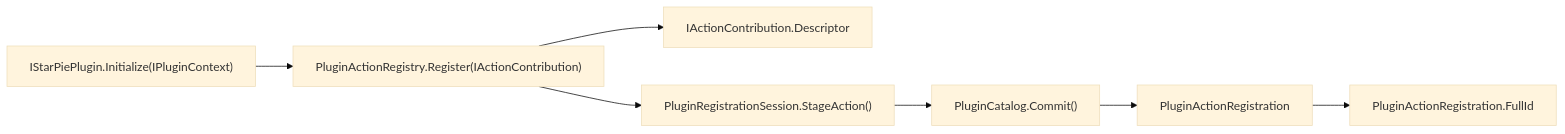
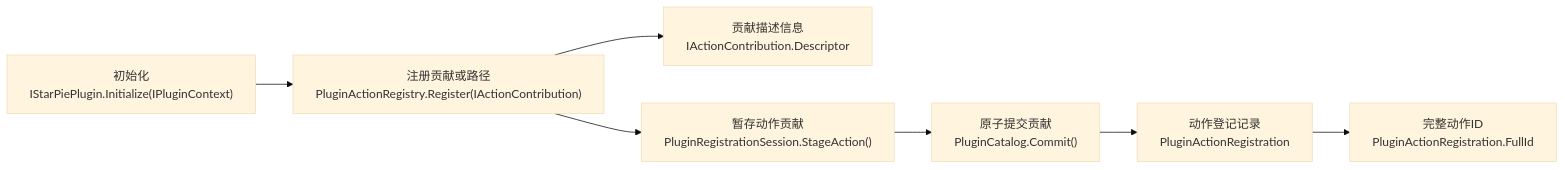
Before and after one commit to Masskii/StarPie: the eighth of 19 diagrams in plugin/docs/plugin-system-architecture-map.md, drawn with Mermaid (base theme). The commit also changed other lines of this file and 6 other files, not shown here.

````diff
--- a/plugin/docs/plugin-system-architecture-map.md
+++ b/plugin/docs/plugin-system-architecture-map.md
@@ -583,17 +646,17 @@
 ```mermaid
 flowchart LR
-    ENTRY["IStarPiePlugin.Initialize(IPluginContext)"]
-    ACTIONREG["PluginActionRegistry.Register(IActionContribution)"]
-    DESCRIPTOR["IActionContribution.Descriptor"]
-    SESSION["PluginRegistrationSession.StageAction()"]
-    CATALOG["PluginCatalog.Commit()"]
-    REGISTRATION["PluginActionRegistration"]
-    FULLID["PluginActionRegistration.FullId"]
+    ENTRY["初始化<br/>IStarPiePlugin.Initialize(IPluginContext)"]
+    ACTIONREG["注册贡献或路径<br/>PluginActionRegistry.Register(IActionContribution)"]
+    DESCRIPTOR["贡献描述信息<br/>IActionContribution.Descriptor"]
+    SESSION["暂存动作贡献<br/>PluginRegistrationSession.StageAction()"]
+    CATALOG["原子提交贡献<br/>PluginCatalog.Commit()"]
+    REGISTRATION["动作登记记录<br/>PluginActionRegistration"]
+    FULLID["完整动作ID<br/>PluginActionRegistration.FullId"]
 
     ENTRY --> ACTIONREG
     ACTIONREG --> DESCRIPTOR
     ACTIONREG --> SESSION
     SESSION --> CATALOG
     CATALOG --> REGISTRATION
     REGISTRATION --> FULLID
 ```
````
